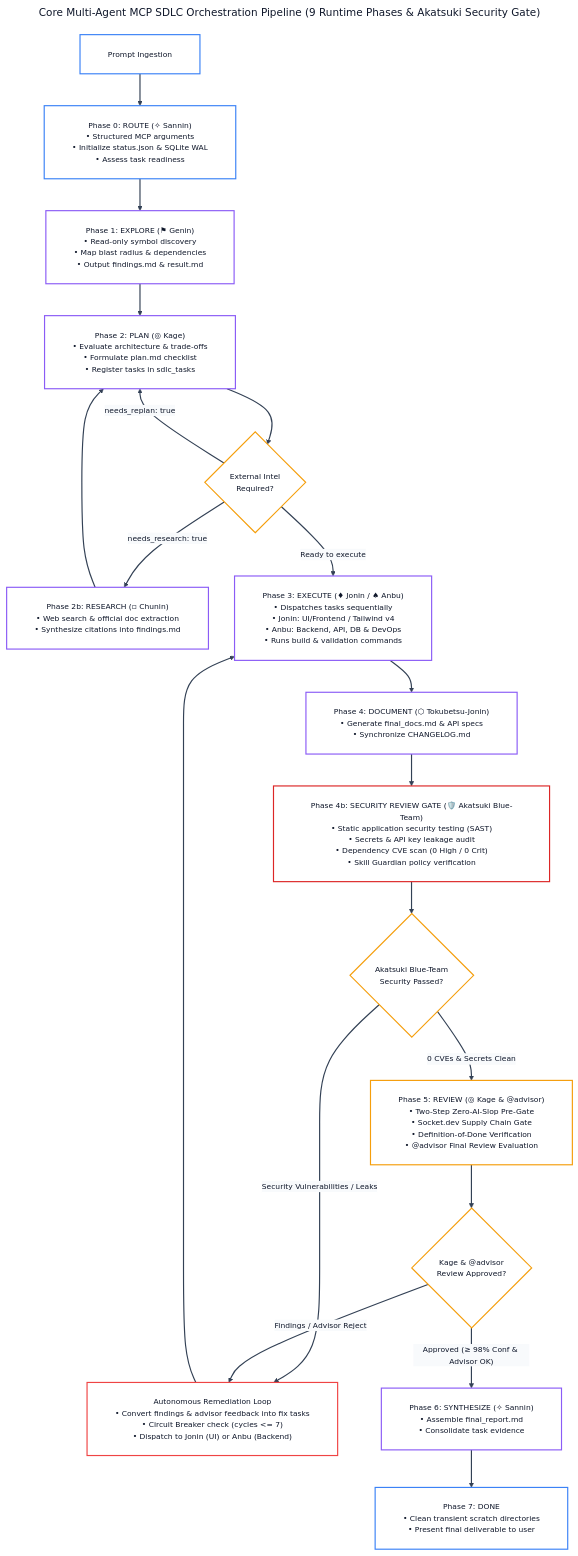
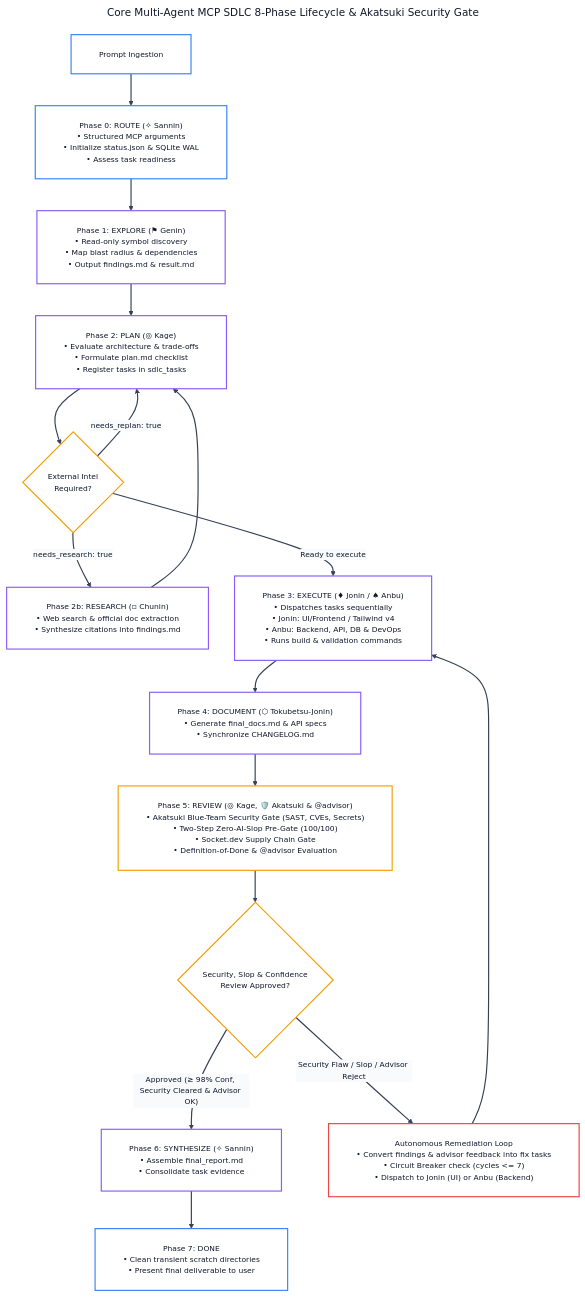
Before and after one commit to andycungkrinx91/konoha: the second of 15 diagrams in docs/ALL-WORKFLOW-DIAGRAMS.md, drawn with Mermaid. The commit also changed 5 other files, not shown here.

Commit message:
docs(workflow): harmonize canonical 8-phase SDLC state machine with akatsuki security sub-gate in review

````diff
--- a/docs/ALL-WORKFLOW-DIAGRAMS.md
+++ b/docs/ALL-WORKFLOW-DIAGRAMS.md
@@ -110,64 +110,58 @@
 ```mermaid
 ---
-title: Core Multi-Agent MCP SDLC Orchestration Pipeline (9 Runtime Phases & Akatsuki Security Gate)
+title: Core Multi-Agent MCP SDLC 8-Phase Lifecycle & Akatsuki Security Gate
 config:
   theme: base
   themeVariables:
     darkMode: false
     background: '#ffffff'
     mainBkg: '#ffffff'
     primaryColor: '#ffffff'
     primaryTextColor: '#0f172a'
     primaryBorderColor: '#8b5cf6'
     lineColor: '#334155'
     arrowheadColor: '#334155'
     secondaryColor: '#f8fafc'
     tertiaryColor: '#ffffff'
     fontFamily: 'Inter, system-ui, -apple-system, sans-serif'
     fontSize: '13px'
   flowchart:
     nodeSpacing: 45
     rankSpacing: 55
     padding: 24
     wrappingWidth: 380
 ---
 flowchart TD
     Init["Prompt Ingestion"] --> Phase0["Phase 0: ROUTE (✧ Sannin)<br/>• Structured MCP arguments<br/>• Initialize status.json &amp; SQLite WAL<br/>• Assess task readiness"]
     Phase0 --> Phase1["Phase 1: EXPLORE (⚑ Genin)<br/>• Read-only symbol discovery<br/>• Map blast radius &amp; dependencies<br/>• Output findings.md &amp; result.md"]
     Phase1 --> Phase2["Phase 2: PLAN (◎ Kage)<br/>• Evaluate architecture &amp; trade-offs<br/>• Formulate plan.md checklist<br/>• Register tasks in sdlc_tasks"]
 
     Phase2 --> CheckResearch{"External Intel<br/>Required?"}
     CheckResearch -- "needs_research: true" --> Phase2b["Phase 2b: RESEARCH (▫ Chunin)<br/>• Web search &amp; official doc extraction<br/>• Synthesize citations into findings.md"]
     Phase2b --> Phase2
     CheckResearch -- "needs_replan: true" --> Phase2
     CheckResearch -- "Ready to execute" --> Phase3["Phase 3: EXECUTE (♦ Jonin / ♠ Anbu)<br/>• Dispatches tasks sequentially<br/>• Jonin: UI/Frontend / Tailwind v4<br/>• Anbu: Backend, API, DB &amp; DevOps<br/>• Runs build &amp; validation commands"]
 
     Phase3 --> Phase4["Phase 4: DOCUMENT (⬡ Tokubetsu-Jonin)<br/>• Generate final_docs.md &amp; API specs<br/>• Synchronize CHANGELOG.md"]
-    Phase4 --> Phase4b["Phase 4b: SECURITY REVIEW GATE (🛡️ Akatsuki Blue-Team)<br/>• Static application security testing (SAST)<br/>• Secrets &amp; API key leakage audit<br/>• Dependency CVE scan (0 High / 0 Crit)<br/>• Skill Guardian policy verification"]
+    Phase4 --> Phase5["Phase 5: REVIEW (◎ Kage, 🛡️ Akatsuki &amp; @advisor)<br/>• Akatsuki Blue-Team Security Gate (SAST, CVEs, Secrets)<br/>• Two-Step Zero-AI-Slop Pre-Gate (100/100)<br/>• Socket.dev Supply Chain Gate<br/>• Definition-of-Done &amp; @advisor Evaluation"]
 
-    Phase4b --> CheckSecurity{"Akatsuki Blue-Team<br/>Security Passed?"}
-    CheckSecurity -- "0 CVEs &amp; Secrets Clean" --> Phase5["Phase 5: REVIEW (◎ Kage &amp; @advisor)<br/>• Two-Step Zero-AI-Slop Pre-Gate<br/>• Socket.dev Supply Chain Gate<br/>• Definition-of-Done Verification<br/>• @advisor Final Review Evaluation"]
-    CheckSecurity -- "Security Vulnerabilities / Leaks" --> Remediation["Autonomous Remediation Loop<br/>• Convert findings &amp; advisor feedback into fix tasks<br/>• Circuit Breaker check (cycles &lt;= 7)<br/>• Dispatch to Jonin (UI) or Anbu (Backend)"]
-
-    Phase5 --> CheckReview{"Kage &amp; @advisor<br/>Review Approved?"}
-    CheckReview -- "Approved (≥ 98% Conf &amp; Advisor OK)" --> Phase6["Phase 6: SYNTHESIZE (✧ Sannin)<br/>• Assemble final_report.md<br/>• Consolidate task evidence"]
+    Phase5 --> CheckReview{"Security, Slop &amp; Confidence<br/>Review Approved?"}
+    CheckReview -- "Approved (≥ 98% Conf, Security Cleared &amp; Advisor OK)" --> Phase6["Phase 6: SYNTHESIZE (✧ Sannin)<br/>• Assemble final_report.md<br/>• Consolidate task evidence"]
     Phase6 --> Phase7["Phase 7: DONE<br/>• Clean transient scratch directories<br/>• Present final deliverable to user"]
 
-    CheckReview -- "Findings / Advisor Reject" --> Remediation
+    CheckReview -- "Security Flaw / Slop / Advisor Reject" --> Remediation["Autonomous Remediation Loop<br/>• Convert findings &amp; advisor feedback into fix tasks<br/>• Circuit Breaker check (cycles &lt;= 7)<br/>• Dispatch to Jonin (UI) or Anbu (Backend)"]
     Remediation --> Phase3
 
     linkStyle default stroke:#334155,stroke-width:2px;
 
     classDef routeNode fill:#ffffff,stroke:#3b82f6,color:#0f172a,stroke-width:2px;
     classDef executeNode fill:#ffffff,stroke:#8b5cf6,color:#0f172a,stroke-width:2px;
     classDef reviewNode fill:#ffffff,stroke:#f59e0b,color:#0f172a,stroke-width:2px;
-    classDef securityNode fill:#ffffff,stroke:#dc2626,color:#0f172a,stroke-width:2px;
     classDef failNode fill:#ffffff,stroke:#ef4444,color:#0f172a,stroke-width:2px;
     classDef passNode fill:#ffffff,stroke:#10b981,color:#0f172a,stroke-width:2px;
 
     class Init,Phase0,Phase7 routeNode;
     class Phase1,Phase2,Phase2b,Phase3,Phase4,Phase6 executeNode;
-    class Phase4b securityNode;
-    class Phase5,CheckReview,CheckResearch,CheckSecurity reviewNode;
+    class Phase5,CheckReview,CheckResearch reviewNode;
     class Remediation failNode;
 ```
````
